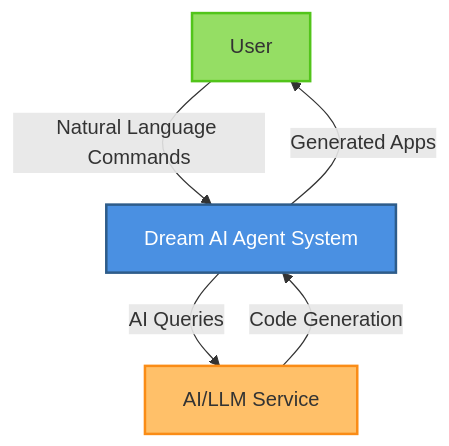
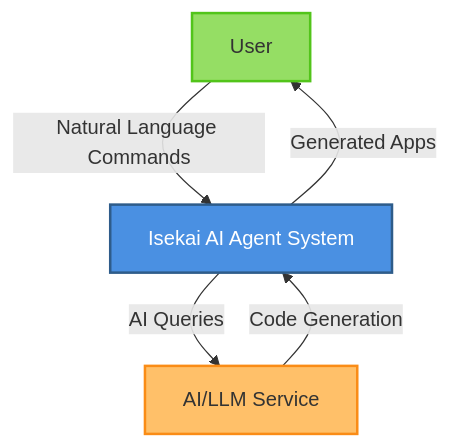
The first of 5 diagrams in README.md (Senpai-Sama7/Isekai), drawn with Mermaid before and after one commit. The commit also changed other lines of this file and 25 other files, not shown here.

Commit message:
Replace all instances of Dream and Imagine with Isekai

````diff
--- a/README.md
+++ b/README.md
@@ -32,15 +32,15 @@
 ```mermaid
 graph TB
     User[User]
-    Dream[Dream AI Agent System]
+    Isekai[Isekai AI Agent System]
     AI[AI/LLM Service]
     
-    User -->|Natural Language Commands| Dream
-    Dream -->|Generated Apps| User
-    Dream -->|AI Queries| AI
-    AI -->|Code Generation| Dream
+    User -->|Natural Language Commands| Isekai
+    Isekai -->|Generated Apps| User
+    Isekai -->|AI Queries| AI
+    AI -->|Code Generation| Isekai
     
-    style Dream fill:#4a90e2,stroke:#2e5c8a,stroke-width:2px,color:#fff
+    style Isekai fill:#4a90e2,stroke:#2e5c8a,stroke-width:2px,color:#fff
     style User fill:#95de64,stroke:#52c41a,stroke-width:2px
     style AI fill:#ffc069,stroke:#fa8c16,stroke-width:2px
 ```
````
